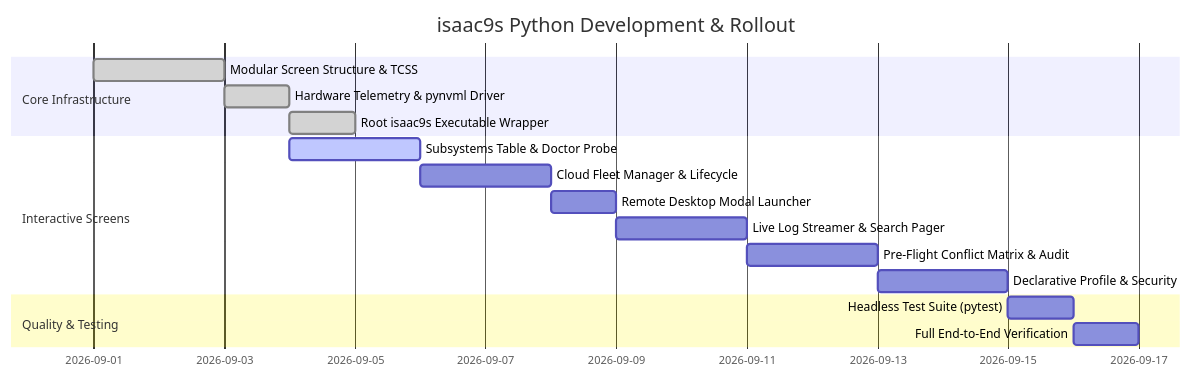
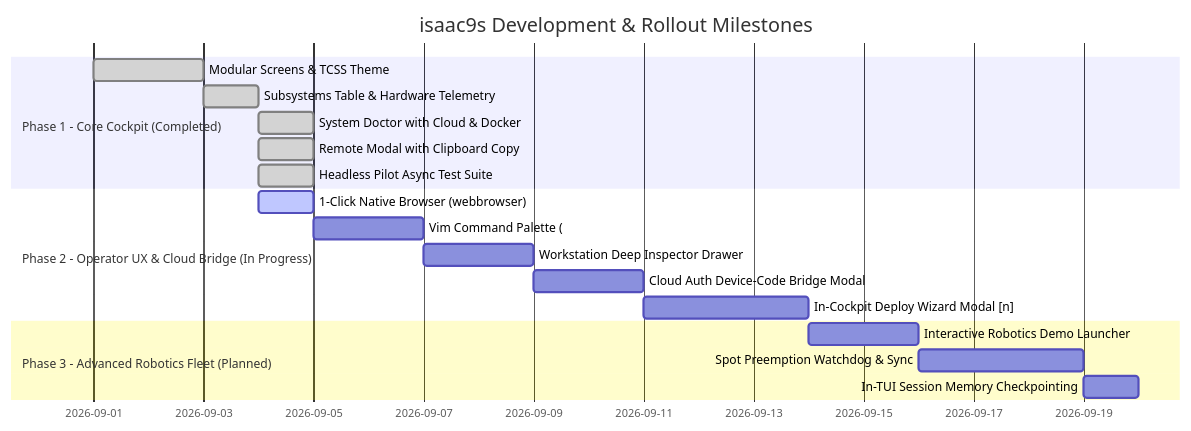
Before and after one commit to boredengineering/IsaacAutomator: the diagram in .agents/references/plans/isaac9s-gui-plan.md, drawn with Mermaid. The commit also changed other lines of this file, not shown here.

Commit message:
docs(plan): update isaac9s master plan with brainstorming, gap analysis, and Phase 2 roadmap

````diff
--- a/.agents/references/plans/isaac9s-gui-plan.md
+++ b/.agents/references/plans/isaac9s-gui-plan.md
@@ -463,19 +693,21 @@
 ```mermaid
 gantt
-    title isaac9s Python Development & Rollout
+    title isaac9s Development & Rollout Milestones
     dateFormat  YYYY-MM-DD
-    section Core Infrastructure
-    Modular Screen Structure & TCSS   :done,    des1, 2026-09-01, 2d
-    Hardware Telemetry & pynvml Driver :done,    des2, 2026-09-03, 1d
-    Root isaac9s Executable Wrapper   :done,    des3, 2026-09-04, 1d
-    section Interactive Screens
-    Subsystems Table & Doctor Probe   :active,  scr1, 2026-09-04, 2d
-    Cloud Fleet Manager & Lifecycle   :         scr2, 2026-09-06, 2d
-    Remote Desktop Modal Launcher     :         scr3, 2026-09-08, 1d
-    Live Log Streamer & Search Pager  :         scr4, 2026-09-09, 2d
-    Pre-Flight Conflict Matrix & Audit:         scr5, 2026-09-11, 2d
-    Declarative Profile & Security    :         scr6, 2026-09-13, 2d
-    section Quality & Testing
-    Headless Test Suite (pytest)      :         tst1, 2026-09-15, 1d
-    Full End-to-End Verification      :         tst2, 2026-09-16, 1d
+    section Phase 1 - Core Cockpit (Completed)
+    Modular Screens & TCSS Theme        :done, p1_1, 2026-09-01, 2d
+    Subsystems Table & Hardware Telemetry:done, p1_2, 2026-09-03, 1d
+    System Doctor with Cloud & Docker   :done, p1_3, 2026-09-04, 1d
+    Remote Modal with Clipboard Copy    :done, p1_4, 2026-09-04, 1d
+    Headless Pilot Async Test Suite     :done, p1_5, 2026-09-04, 1d
+    section Phase 2 - Operator UX & Cloud Bridge (In Progress)
+    1-Click Native Browser (webbrowser) :active, p2_1, 2026-09-04, 1d
+    Vim Command Palette (:) & Filter (/):        p2_2, 2026-09-05, 2d
+    Workstation Deep Inspector Drawer   :        p2_3, 2026-09-07, 2d
+    Cloud Auth Device-Code Bridge Modal :        p2_4, 2026-09-09, 2d
+    In-Cockpit Deploy Wizard Modal [n]  :        p2_5, 2026-09-11, 3d
+    section Phase 3 - Advanced Robotics Fleet (Planned)
+    Interactive Robotics Demo Launcher  :        p3_1, 2026-09-14, 2d
+    Spot Preemption Watchdog & Sync     :        p3_2, 2026-09-16, 3d
+    In-TUI Session Memory Checkpointing :        p3_3, 2026-09-19, 1d
 ```
````
